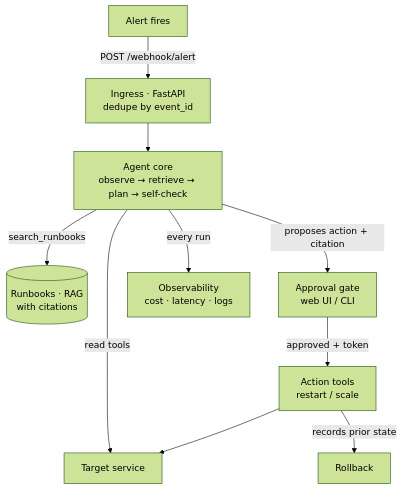
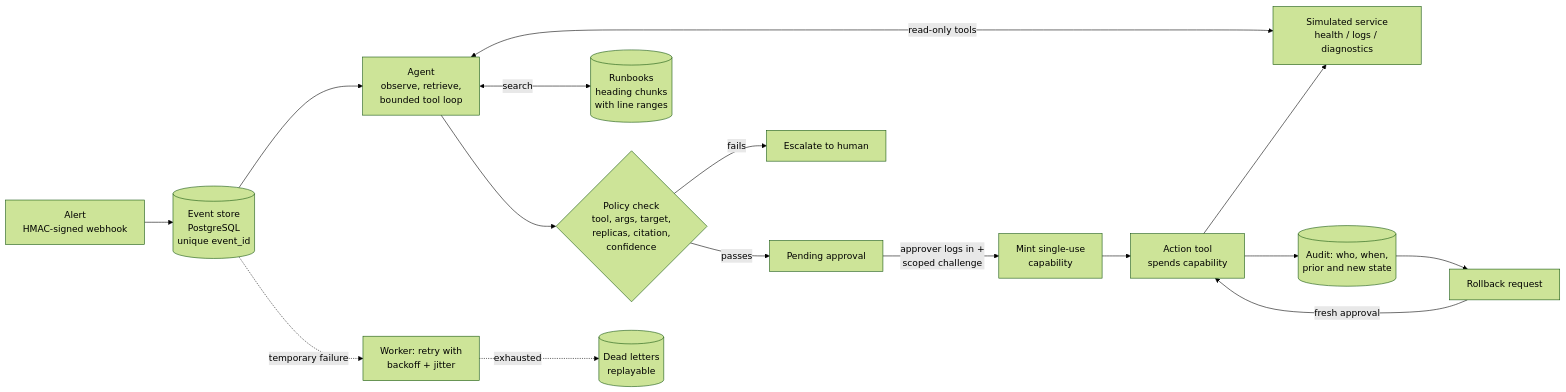
Before and after one commit to Bukola-Baiyewu1/agentic-devops-assistant: the diagram in README.md, drawn with Mermaid (forest theme). The commit also changed other lines of this file and 6 other files, not shown here.

Commit message:
docs: README, architecture, security model, deployment guide and demo

````diff
--- a/README.md
+++ b/README.md
@@ -23,12 +29,16 @@
 ```mermaid
-flowchart TD
-    A[Alert fires] -->|POST /webhook/alert| B[Ingress · FastAPI<br/>dedupe by event_id]
-    B --> C[Agent core<br/>observe → retrieve → plan → self-check]
-    C -->|search_runbooks| F[(Runbooks · RAG<br/>with citations)]
-    C -->|read tools| E[Target service]
-    C -->|proposes action + citation| G[Approval gate<br/>web UI / CLI]
-    G -->|approved + token| H[Action tools<br/>restart / scale]
-    H --> E
-    C -->|every run| T[Observability<br/>cost · latency · logs]
-    H -->|records prior state| R[Rollback]
+flowchart LR
+    A[Alert<br/>HMAC-signed webhook] --> B[(Event store<br/>PostgreSQL<br/>unique event_id)]
+    B --> C[Agent<br/>observe, retrieve,<br/>bounded tool loop]
+    C <-->|read-only tools| D[Simulated service<br/>health / logs / diagnostics]
+    C <-->|search| E[(Runbooks<br/>heading chunks<br/>with line ranges)]
+    C --> F{Policy check<br/>tool, args, target,<br/>replicas, citation,<br/>confidence}
+    F -->|fails| G[Escalate to human]
+    F -->|passes| H[Pending approval]
+    H -->|approver logs in +<br/>scoped challenge| I[Mint single-use<br/>capability]
+    I --> J[Action tool<br/>spends capability]
+    J --> D
+    J --> K[(Audit: who, when,<br/>prior and new state)]
+    K --> L[Rollback request] -->|fresh approval| J
+    B -.temporary failure.-> M[Worker: retry with<br/>backoff + jitter] -.exhausted.-> N[(Dead letters<br/>replayable)]
 ```
````
